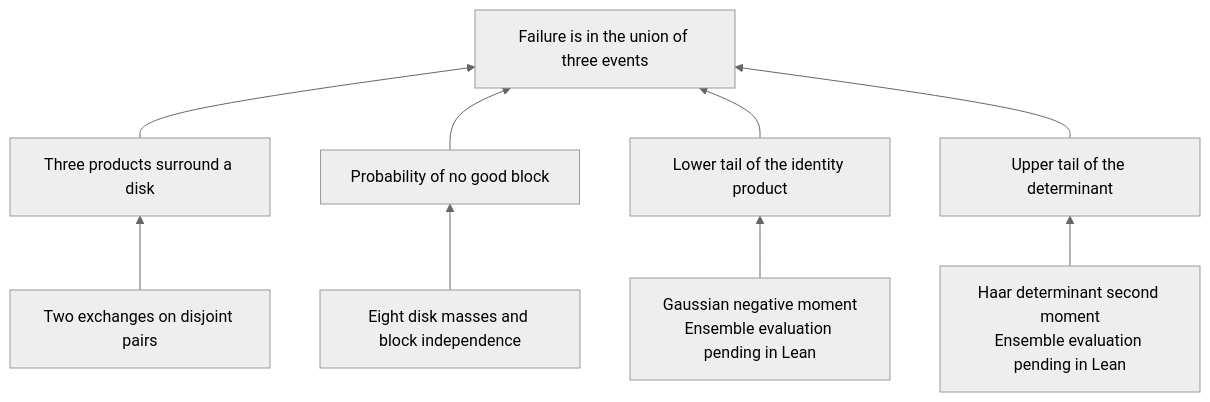
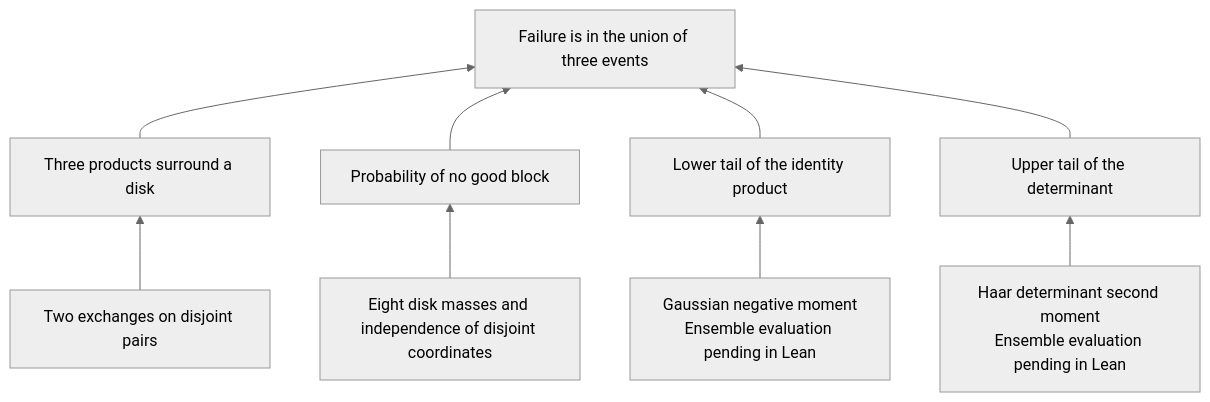
One commit to ascendnoosphere/MOC changed the diagram in Docs/Proofs/gaussian-haar-containment-map.md. Above: the diagram before and after it, drawn with Mermaid (neutral theme). The commit also changed other lines of this file and 1 other file, not shown here.

Commit message:
lean: derive block independence from Gaussian spectral entries

````diff
--- a/Docs/Proofs/gaussian-haar-containment-map.md
+++ b/Docs/Proofs/gaussian-haar-containment-map.md
@@ -16,11 +16,11 @@
 ```mermaid
 flowchart BT
     A["Two exchanges on disjoint pairs"] --> S["Three products surround a disk"]
-    G["Eight disk masses and block independence"] --> B["Probability of no good block"]
+    G["Eight disk masses and independence of disjoint coordinates"] --> B["Probability of no good block"]
     N["Gaussian negative moment<br/>Ensemble evaluation pending in Lean"] --> P["Lower tail of the identity product"]
     H["Haar determinant second moment<br/>Ensemble evaluation pending in Lean"] --> D["Upper tail of the determinant"]
     S --> U["Failure is in the union of three events"]
     B --> U
     P --> U
     D --> U
 ```
````
